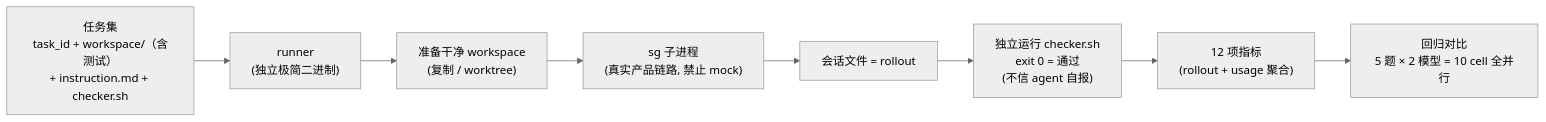
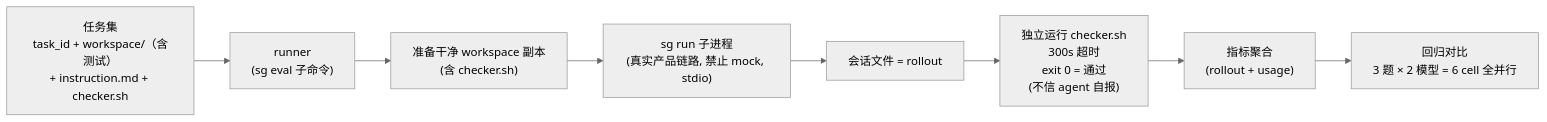
Before and after one commit to qjcnmd/singularity-agent: the eighth of 8 diagrams in docs/singularity.md, drawn with Mermaid (neutral theme). The commit also changed other lines of this file and 2 other files, not shown here.

````diff
--- a/docs/singularity.md
+++ b/docs/singularity.md
@@ -224,12 +226,12 @@
 ```mermaid
 flowchart LR
     TS["任务集<br/>task_id + workspace/（含测试）<br/>+ instruction.md + checker.sh"]
-    R["runner<br/>(独立极简二进制)"]
-    W["准备干净 workspace<br/>(复制 / worktree)"]
-    SG["sg 子进程<br/>(真实产品链路, 禁止 mock)"]
+    R["runner<br/>(sg eval 子命令)"]
+    W["准备干净 workspace 副本<br/>(含 checker.sh)"]
+    SG["sg run 子进程<br/>(真实产品链路, 禁止 mock, stdio)"]
     RO["会话文件 = rollout"]
-    CH["独立运行 checker.sh<br/>exit 0 = 通过<br/>(不信 agent 自报)"]
-    M["12 项指标<br/>(rollout + usage 聚合)"]
-    C["回归对比<br/>5 题 × 2 模型 = 10 cell 全并行"]
+    CH["独立运行 checker.sh<br/>300s 超时<br/>exit 0 = 通过<br/>(不信 agent 自报)"]
+    M["指标聚合<br/>(rollout + usage)"]
+    C["回归对比<br/>3 题 × 2 模型 = 6 cell 全并行"]
     TS --> R --> W --> SG --> RO --> CH --> M --> C
 ```
````
